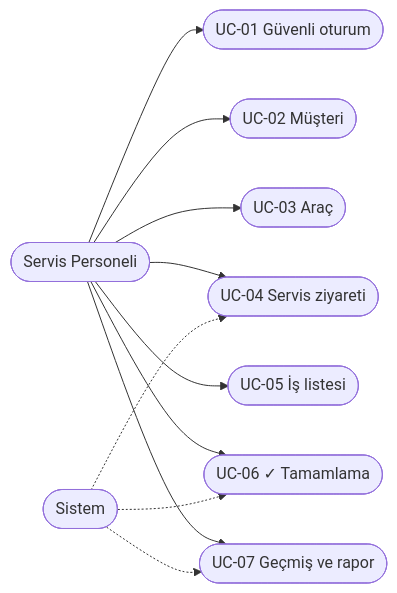
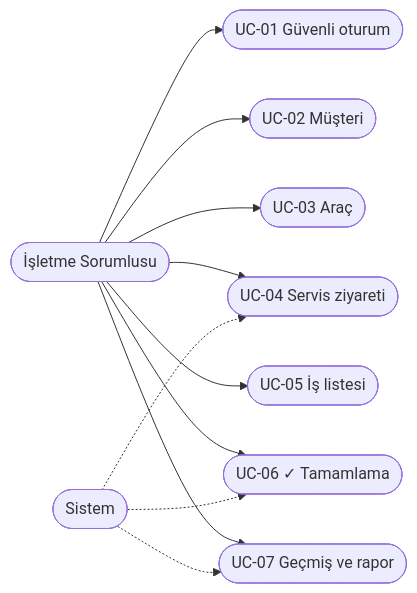
One commit to servisflow/servisflow changed the first of 2 diagrams in docs/Faz1_Raporu.md. Above: the diagram before and after it, drawn with Mermaid. The commit also changed other lines of this file and 1 other file, not shown here.

First line of the commit message:
Aktör netleştirildi: tek kullanıcı işletme sorumlusu, ustalar sisteme girmez

````diff
--- a/docs/Faz1_Raporu.md
+++ b/docs/Faz1_Raporu.md
@@ -176,13 +177,13 @@
 ```mermaid
 flowchart LR
-    P([Servis Personeli]) --> U1([UC-01 Güvenli oturum])
+    P([İşletme Sorumlusu]) --> U1([UC-01 Güvenli oturum])
     P --> U2([UC-02 Müşteri])
     P --> U3([UC-03 Araç])
     P --> U4([UC-04 Servis ziyareti])
     P --> U5([UC-05 İş listesi])
     P --> U6([UC-06 ✓ Tamamlama])
     P --> U7([UC-07 Geçmiş ve rapor])
     S([Sistem]) -.-> U4
     S -.-> U6
     S -.-> U7
 ```
````
